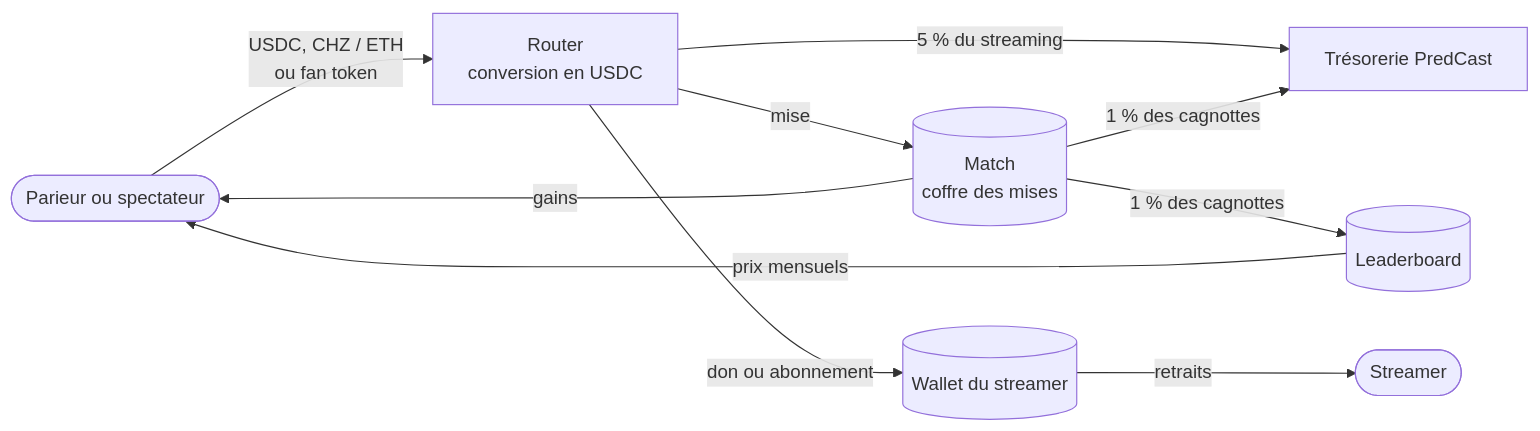
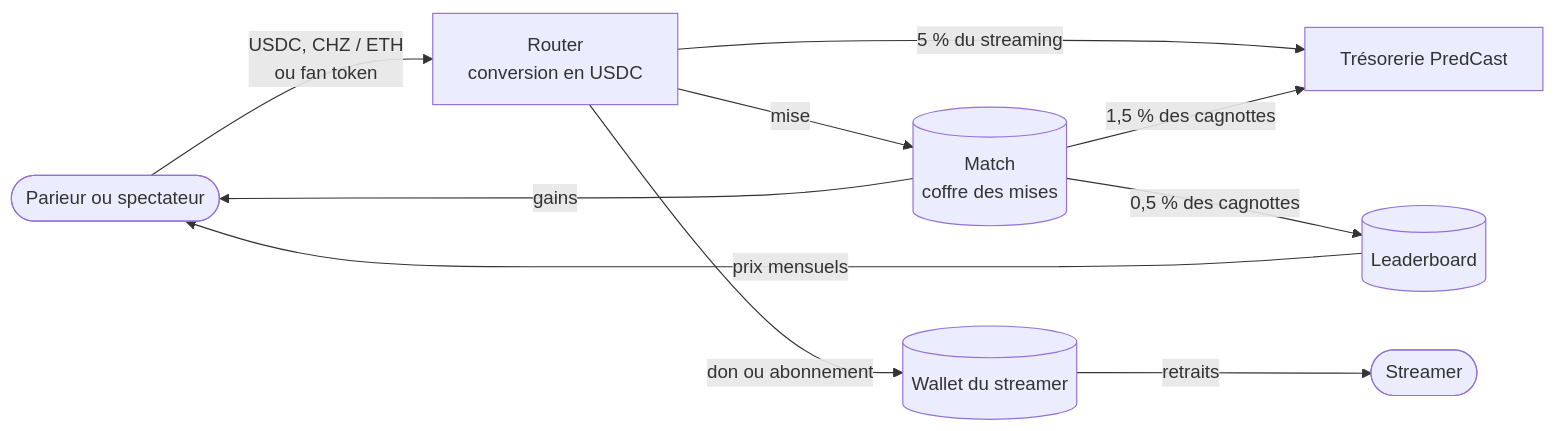
Before and after one commit to PredCast/predcast.tv: the first of 5 diagrams in apps/smart-contracts/chiliz-tv/docs/guide/01-vue-ensemble.md, drawn with Mermaid. The commit also changed other lines of this file and 17 other files, not shown here.

````diff
--- a/apps/smart-contracts/chiliz-tv/docs/guide/01-vue-ensemble.md
+++ b/apps/smart-contracts/chiliz-tv/docs/guide/01-vue-ensemble.md
@@ -23,12 +23,12 @@
 ```mermaid
 flowchart LR
   P([Parieur ou spectateur]) -->|USDC, CHZ / ETH<br/>ou fan token| R[Router<br/>conversion en USDC]
   R -->|mise| M[(Match<br/>coffre des mises)]
   R -->|don ou abonnement| W[(Wallet du streamer)]
   R -->|5 % du streaming| T[Trésorerie PredCast]
-  M -->|1 % des cagnottes| T
-  M -->|1 % des cagnottes| L[(Leaderboard)]
+  M -->|1,5 % des cagnottes| T
+  M -->|0,5 % des cagnottes| L[(Leaderboard)]
   M -->|gains| P
   L -->|prix mensuels| P
   W -->|retraits| S([Streamer])
 ```
````
